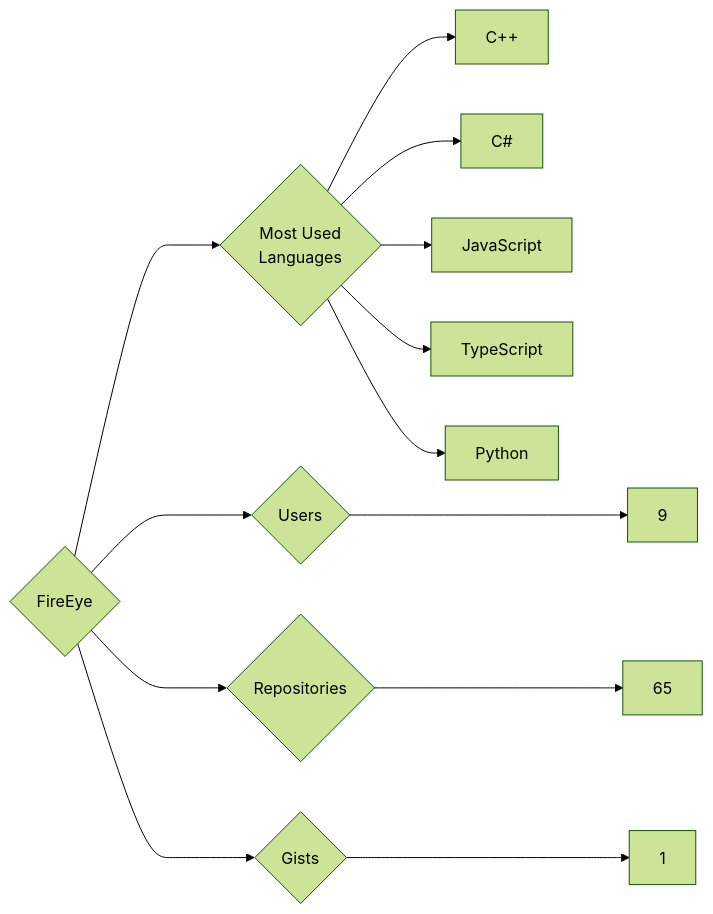
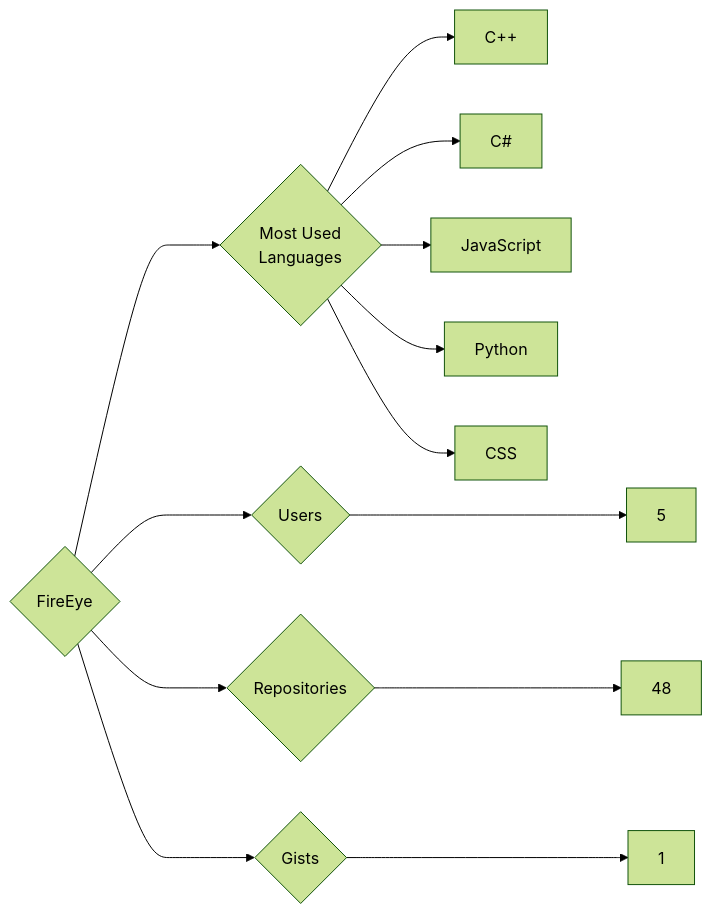
The diagram in targets/FireEye/README.md (trickest/insiders), drawn with Mermaid (forest theme) before and after one commit. The commit also changed 942 other files, not shown here.

````diff
--- a/targets/FireEye/README.md
+++ b/targets/FireEye/README.md
@@ -3,13 +3,13 @@
 ```mermaid
 graph LR
 COMPANY_NAME{FireEye}
-COMPANY_NAME ---> U{Users} ---> UN[9]
-COMPANY_NAME ---> R{Repositories} ---> RN[65]
+COMPANY_NAME ---> U{Users} ---> UN[5]
+COMPANY_NAME ---> R{Repositories} ---> RN[48]
 COMPANY_NAME ---> G{Gists} ---> GN[1]
 COMPANY_NAME ---> ML{Most Used<br>Languages}
 ML --> C++[C++]
 ML --> C#[C#]
 ML --> JavaScript[JavaScript]
-ML --> TypeScript[TypeScript]
 ML --> Python[Python]
+ML --> CSS[CSS]
 ```
````
